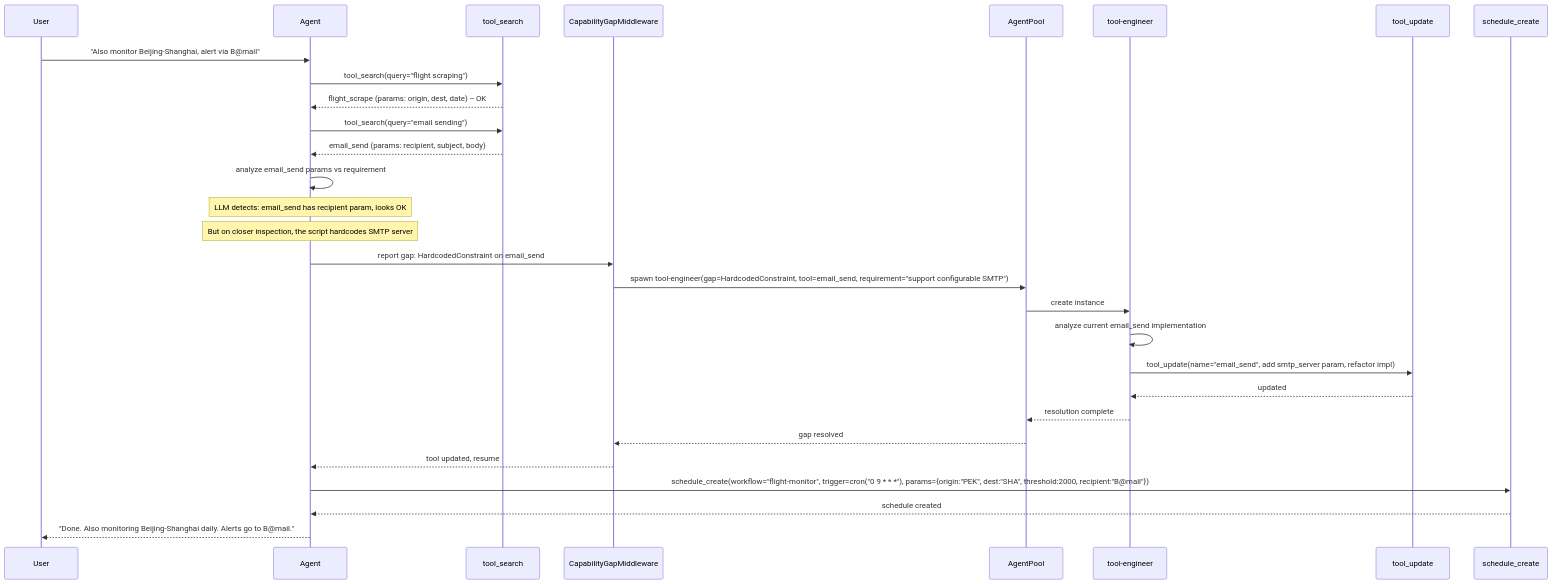
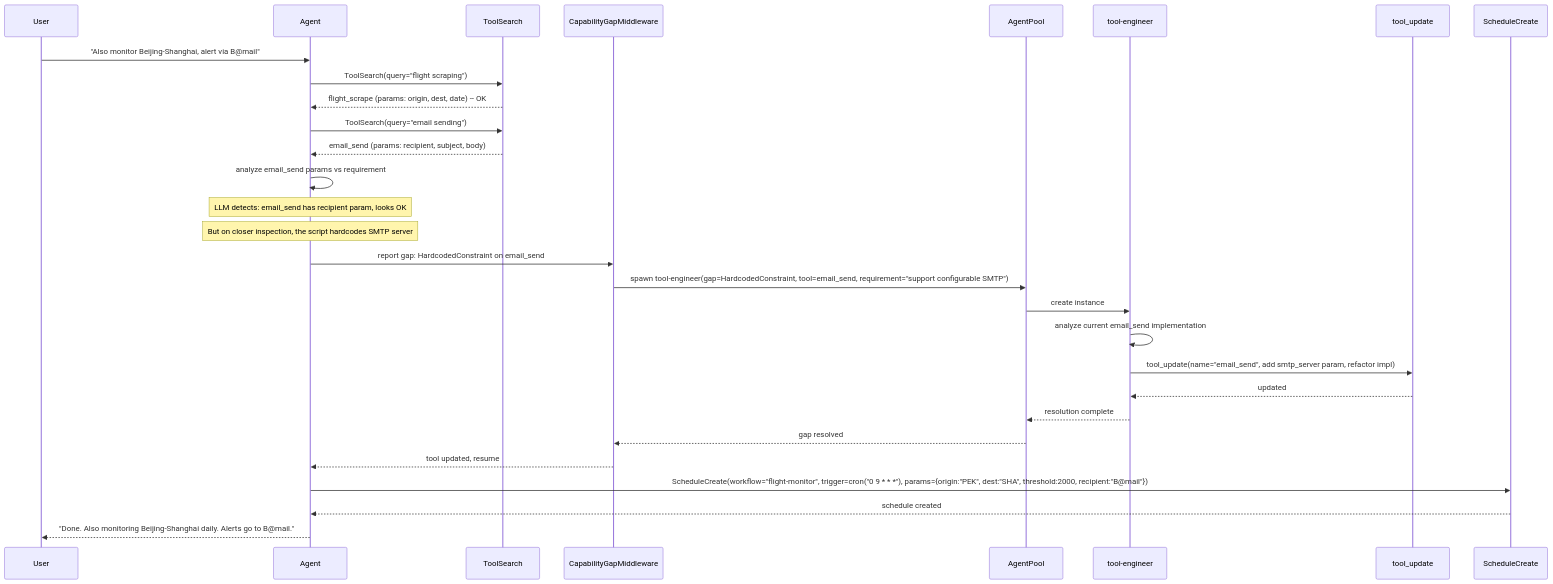
One commit to gorgiaxx/y-agent changed the fifth of 7 diagrams in docs/design/agent-autonomy-design.md. Above: the diagram before and after it, drawn with Mermaid. The commit also changed other lines of this file and 41 other files, not shown here.

````diff
--- a/docs/design/agent-autonomy-design.md
+++ b/docs/design/agent-autonomy-design.md
@@ -463,40 +468,40 @@
 ```mermaid
 sequenceDiagram
     participant User
     participant Agent
-    participant TS as tool_search
+    participant TS as ToolSearch
     participant GapMW as CapabilityGapMiddleware
     participant Pool as AgentPool
     participant Engineer as tool-engineer
     participant TU as tool_update
-    participant SC as schedule_create
+    participant SC as ScheduleCreate
 
     User->>Agent: "Also monitor Beijing-Shanghai, alert via B@mail"
 
-    Agent->>TS: tool_search(query="flight scraping")
+    Agent->>TS: ToolSearch(query="flight scraping")
     TS-->>Agent: flight_scrape (params: origin, dest, date) -- OK
 
-    Agent->>TS: tool_search(query="email sending")
+    Agent->>TS: ToolSearch(query="email sending")
     TS-->>Agent: email_send (params: recipient, subject, body)
 
     Agent->>Agent: analyze email_send params vs requirement
     Note over Agent: LLM detects: email_send has recipient param, looks OK
     Note over Agent: But on closer inspection, the script hardcodes SMTP server
 
     Agent->>GapMW: report gap: HardcodedConstraint on email_send
     GapMW->>Pool: spawn tool-engineer(gap=HardcodedConstraint, tool=email_send, requirement="support configurable SMTP")
     Pool->>Engineer: create instance
 
     Engineer->>Engineer: analyze current email_send implementation
     Engineer->>TU: tool_update(name="email_send", add smtp_server param, refactor impl)
     TU-->>Engineer: updated
     Engineer-->>Pool: resolution complete
     Pool-->>GapMW: gap resolved
 
     GapMW-->>Agent: tool updated, resume
 
-    Agent->>SC: schedule_create(workflow="flight-monitor", trigger=cron("0 9 * * *"), params={origin:"PEK", dest:"SHA", threshold:2000, recipient:"B@mail"})
+    Agent->>SC: ScheduleCreate(workflow="flight-monitor", trigger=cron("0 9 * * *"), params={origin:"PEK", dest:"SHA", threshold:2000, recipient:"B@mail"})
     SC-->>Agent: schedule created
 
     Agent-->>User: "Done. Also monitoring Beijing-Shanghai daily. Alerts go to B@mail."
 ```
````
